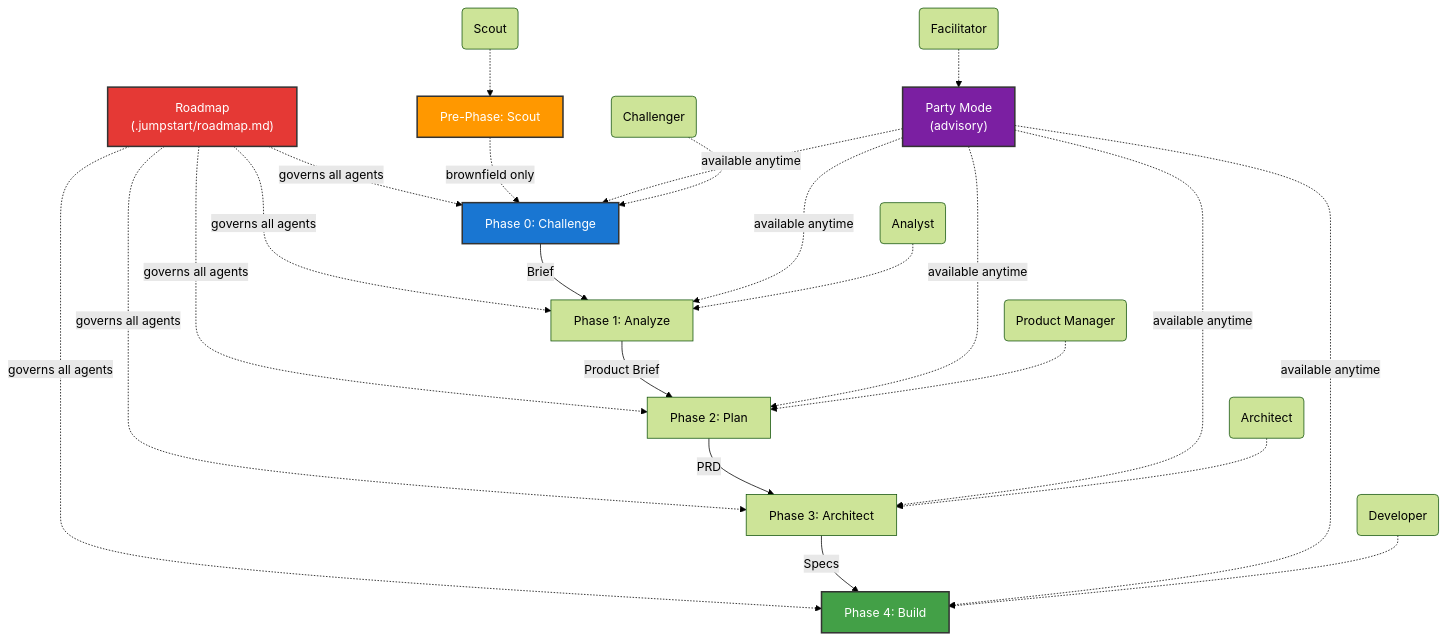
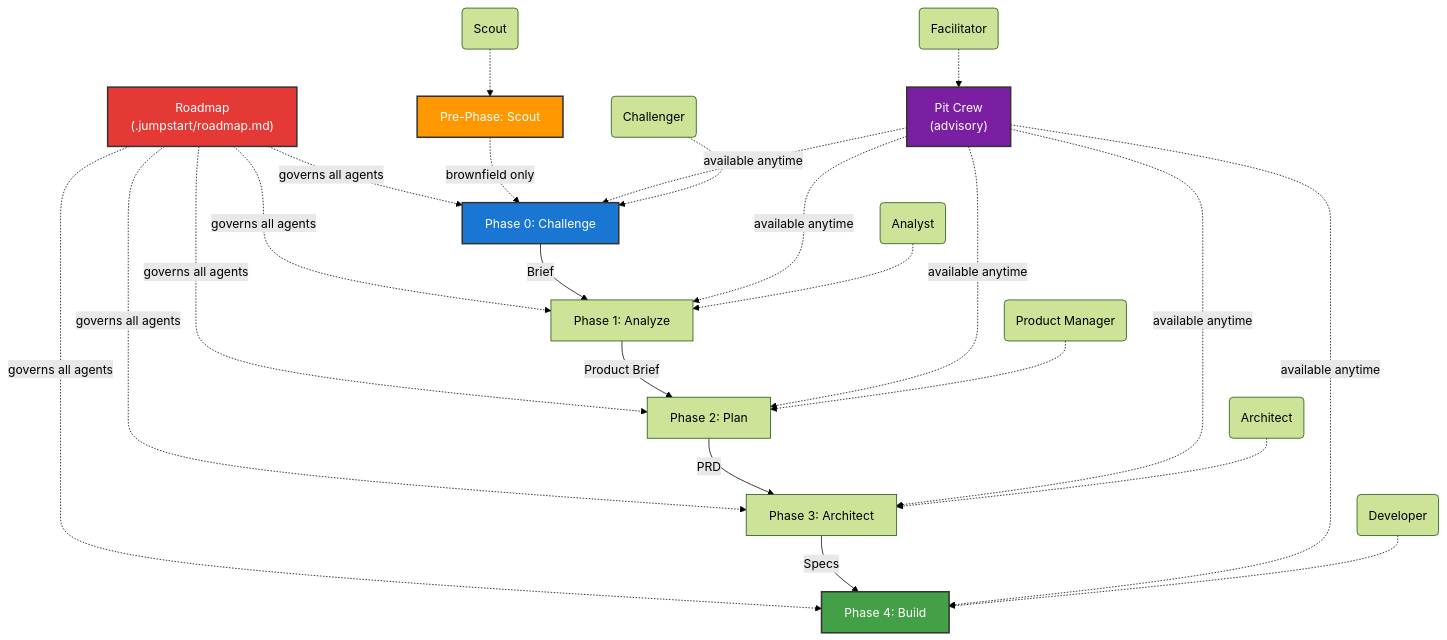
One commit to CGSOG-JumpStarts/JumpStart-Mode changed the diagram in AGENTS.md. Above: the diagram before and after it, drawn with Mermaid (forest theme). The commit also changed other lines of this file and 56 other files, not shown here.

First line of the commit message:
Introduce Pit Crew mode and timeline recording

````diff
--- a/AGENTS.md
+++ b/AGENTS.md
@@ -9,32 +9,32 @@
 ```mermaid
 flowchart TB
     CONST["Roadmap\n(.jumpstart/roadmap.md)"] -.->|governs all agents| P0
     CONST -.->|governs all agents| P1
     CONST -.->|governs all agents| P2
     CONST -.->|governs all agents| P3
     CONST -.->|governs all agents| P4
     S[Pre-Phase: Scout] -.->|brownfield only| P0
     P0[Phase 0: Challenge] -->|Brief| P1[Phase 1: Analyze]
     P1 -->|Product Brief| P2[Phase 2: Plan]
     P2 -->|PRD| P3[Phase 3: Architect]
     P3 -->|Specs| P4[Phase 4: Build]
-    PM_PARTY["Party Mode\n(advisory)"] -.->|available anytime| P0
+    PM_PARTY["Pit Crew\n(advisory)"] -.->|available anytime| P0
     PM_PARTY -.->|available anytime| P1
     PM_PARTY -.->|available anytime| P2
     PM_PARTY -.->|available anytime| P3
     PM_PARTY -.->|available anytime| P4
     
     SC(Scout) -.-> S
     C(Challenger) -.-> P0
     A(Analyst) -.-> P1
     PM(Product Manager) -.-> P2
     Arch(Architect) -.-> P3
     Dev(Developer) -.-> P4
     F(Facilitator) -.-> PM_PARTY
 
     style S fill:#ff9800,stroke:#333,stroke-width:2px,color:#fff
     style P0 fill:#1976d2,stroke:#333,stroke-width:2px,color:#fff
     style P4 fill:#43a047,stroke:#333,stroke-width:2px,color:#fff
     style CONST fill:#e53935,stroke:#333,stroke-width:2px,color:#fff
     style PM_PARTY fill:#7b1fa2,stroke:#333,stroke-width:2px,color:#fff
 ```
````
